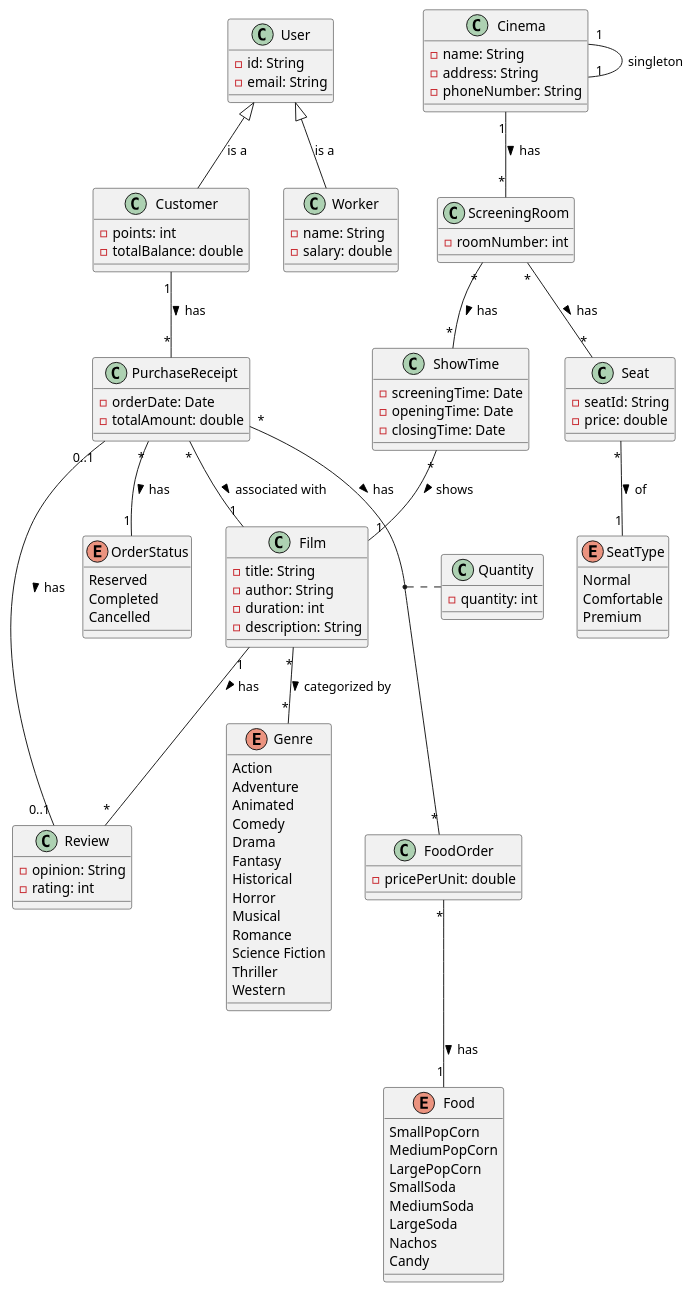
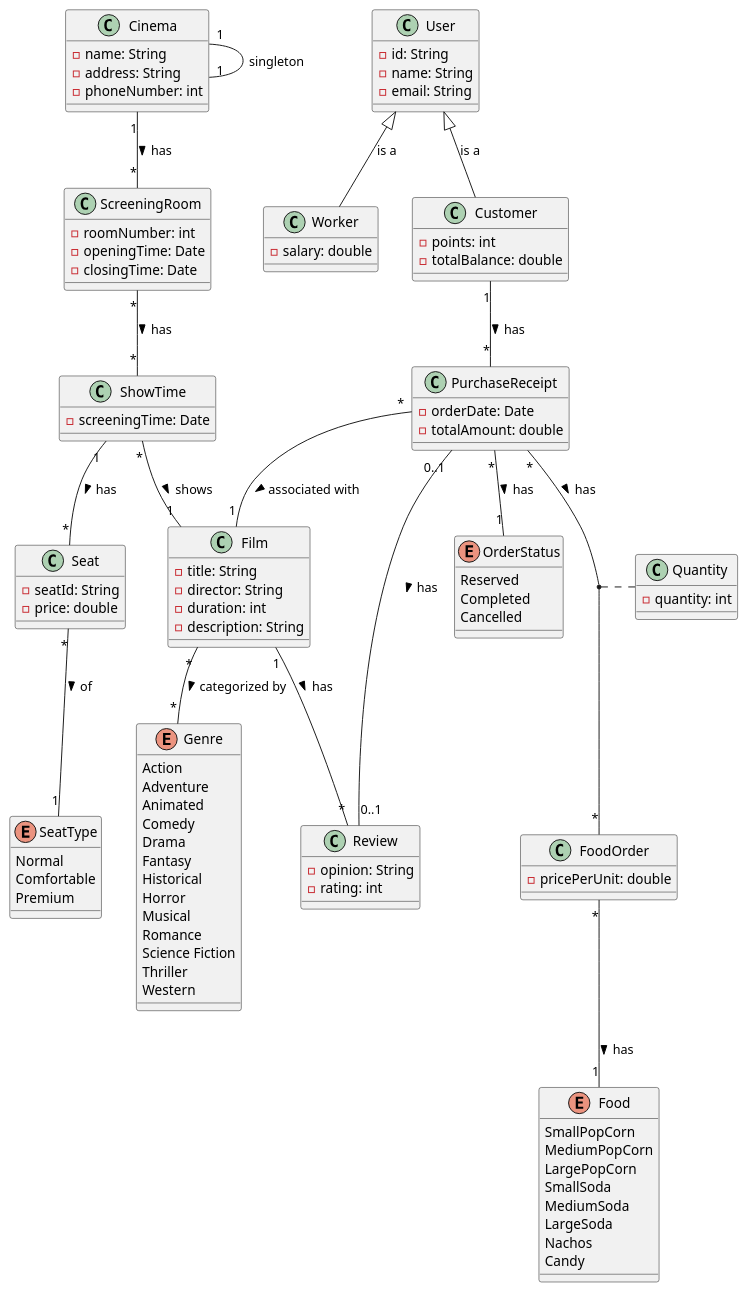
One commit to BenatErzibengoa/Cinema-app changed the diagram in docs/DomainModel.puml. Above: the diagram before and after it, drawn with PlantUML. The commit also changed 22 other files, not shown here.

```diff
--- a/docs/DomainModel.puml
+++ b/docs/DomainModel.puml
@@ -2,124 +2,124 @@
 @startuml
 class User{
   -id: String
+  -name: String
   -email: String
 
 }
 
 class Customer{
   -points: int
   -totalBalance: double
 }
 
 class Worker{
-    -name: String
     -salary: double
 }
 
 class Cinema{
     -name: String
     -address: String
-    -phoneNumber: String
+    -phoneNumber: int
 }
 
 class PurchaseReceipt{
   -orderDate: Date
   -totalAmount: double
 }
 
 class FoodOrder{
   -pricePerUnit: double
 }
 
 class ScreeningRoom{
   -roomNumber: int
+  -openingTime: Date
+  -closingTime: Date
 }
 
 class ShowTime{
   -screeningTime: Date
-  -openingTime: Date
-  -closingTime: Date
 }
 
 class Film{
   -title: String
-  -author: String
+  -director: String
   -duration: int
   -description: String
 }
 
 class Review{
   -opinion: String
   -rating: int
 }
 
 class Seat{
   -seatId: String
   -price: double
 }
 
 class Quantity{
   -quantity: int
 }
 
 enum Genre{
   Action
   Adventure
   Animated
   Comedy
   Drama
   Fantasy
   Historical
   Horror
   Musical
   Romance
   Science Fiction
   Thriller
   Western
 }
 
 enum OrderStatus{
   Reserved
   Completed
   Cancelled
 }
 
 enum Food{
   SmallPopCorn
   MediumPopCorn
   LargePopCorn
   SmallSoda
   MediumSoda
   LargeSoda
   Nachos
   Candy
 }
 
 enum SeatType{
   Normal
   Comfortable
   Premium
 }
 
 User <|-- Customer: is a
 User <|-- Worker: is a
 Customer "1" -- "*" PurchaseReceipt: has >
 Cinema "1" -- "*" ScreeningRoom: has >
 Cinema "1" -- "1" Cinema: singleton
 
 ScreeningRoom "*" -- "*" ShowTime: has >
-ScreeningRoom "*" -- "*" Seat: has >
+ShowTime "1" -- "*" Seat: has >
 
 Seat "*" -- "1" SeatType: of >
 ShowTime "*" -- "1" Film: shows >
 Film "1" -- "*" Review: has >
 Film "*" -- "*" Genre : categorized by >
 
 PurchaseReceipt "0..1" -- "0..1" Review: has >
 PurchaseReceipt "*" -- "1" Film: associated with >
 PurchaseReceipt "*" -- "1" OrderStatus : has >
 PurchaseReceipt "*" -- "*" FoodOrder: has >
 
 FoodOrder "*" -- "1" Food: has >
 (PurchaseReceipt, FoodOrder) .. Quantity
 @enduml
```
